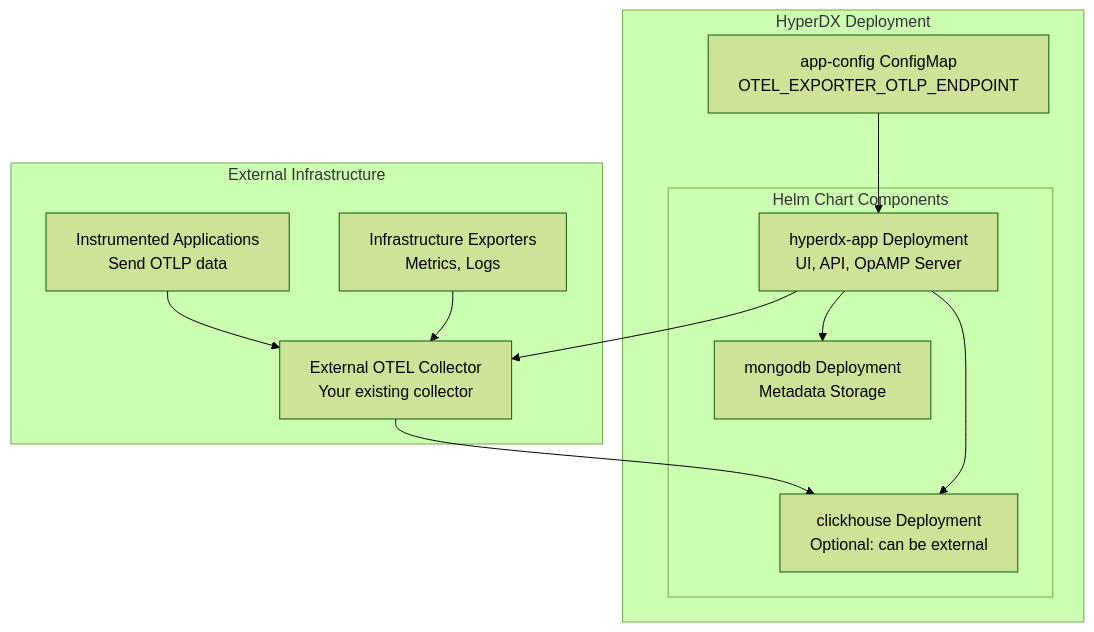
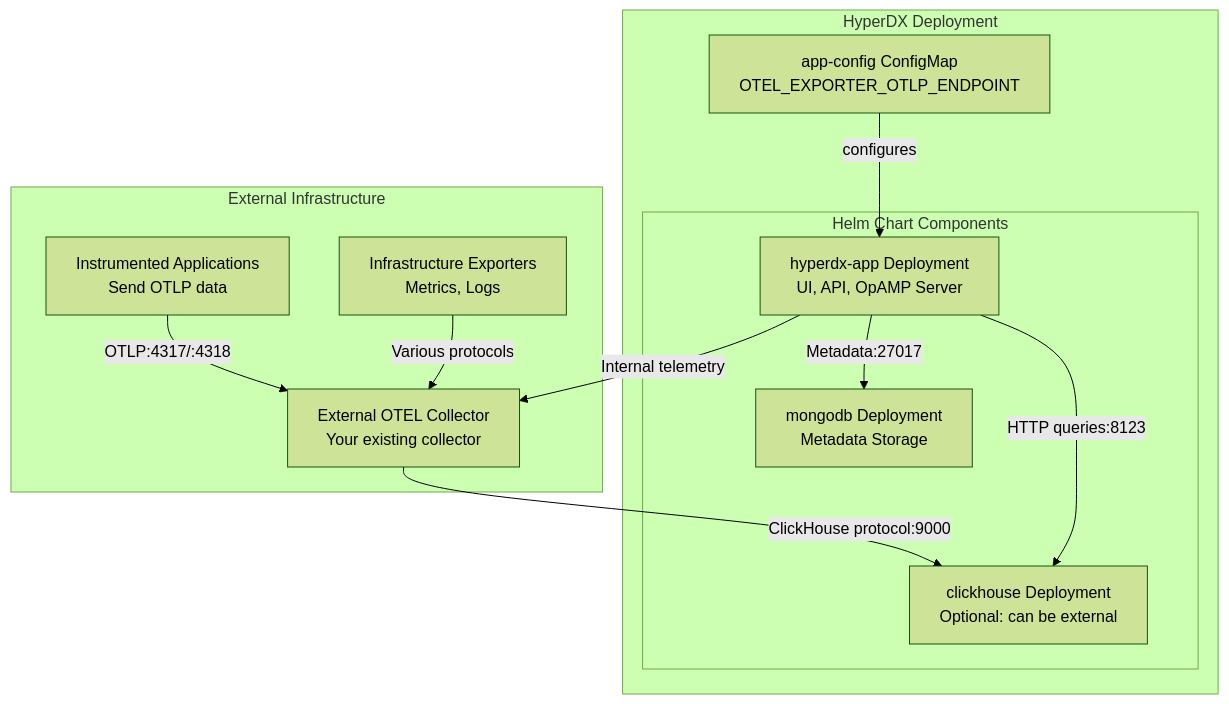
One commit to openchoreo/openchoreo changed the first of 3 diagrams in docs/hyperdxio-helm-charts-docs/External-OTEL-Collector.md. Above: the diagram before and after it, drawn with Mermaid (forest theme). The commit also changed other lines of this file and 85 other files, not shown here.

Commit message:
feat: Add new workflow and specification templates, update Helm chart dependencies, and clarify documentation diagrams.

````diff
--- a/docs/hyperdxio-helm-charts-docs/External-OTEL-Collector.md
+++ b/docs/hyperdxio-helm-charts-docs/External-OTEL-Collector.md
@@ -34,35 +34,35 @@
 ```mermaid
 flowchart TD
 
 ExtOTEL["External OTEL Collector<br>Your existing collector"]
 Apps["Instrumented Applications<br>Send OTLP data"]
 Infra["Infrastructure Exporters<br>Metrics, Logs"]
 HyperdxApp["hyperdx-app Deployment<br>UI, API, OpAMP Server"]
 MongoDB["mongodb Deployment<br>Metadata Storage"]
 ClickHouse["clickhouse Deployment<br>Optional: can be external"]
 ConfigMap["app-config ConfigMap<br>OTEL_EXPORTER_OTLP_ENDPOINT"]
 
-HyperdxApp --> ExtOTEL
-ExtOTEL --> ClickHouse
+HyperdxApp -->|"Internal telemetry"| ExtOTEL
+ExtOTEL -->|"ClickHouse protocol:9000"| ClickHouse
 
 subgraph subGraph2 ["HyperDX Deployment"]
     ConfigMap
-    ConfigMap --> HyperdxApp
+    ConfigMap -->|"configures"| HyperdxApp
 
 subgraph subGraph1 ["Helm Chart Components"]
     HyperdxApp
     MongoDB
     ClickHouse
-    HyperdxApp --> ClickHouse
-    HyperdxApp --> MongoDB
+    HyperdxApp -->|"HTTP queries:8123"| ClickHouse
+    HyperdxApp -->|"Metadata:27017"| MongoDB
 end
 end
 
 subgraph subGraph0 ["External Infrastructure"]
     ExtOTEL
     Apps
     Infra
-    Apps --> ExtOTEL
-    Infra --> ExtOTEL
+    Apps -->|"OTLP:4317/:4318"| ExtOTEL
+    Infra -->|"Various protocols"| ExtOTEL
 end
 ```
````
